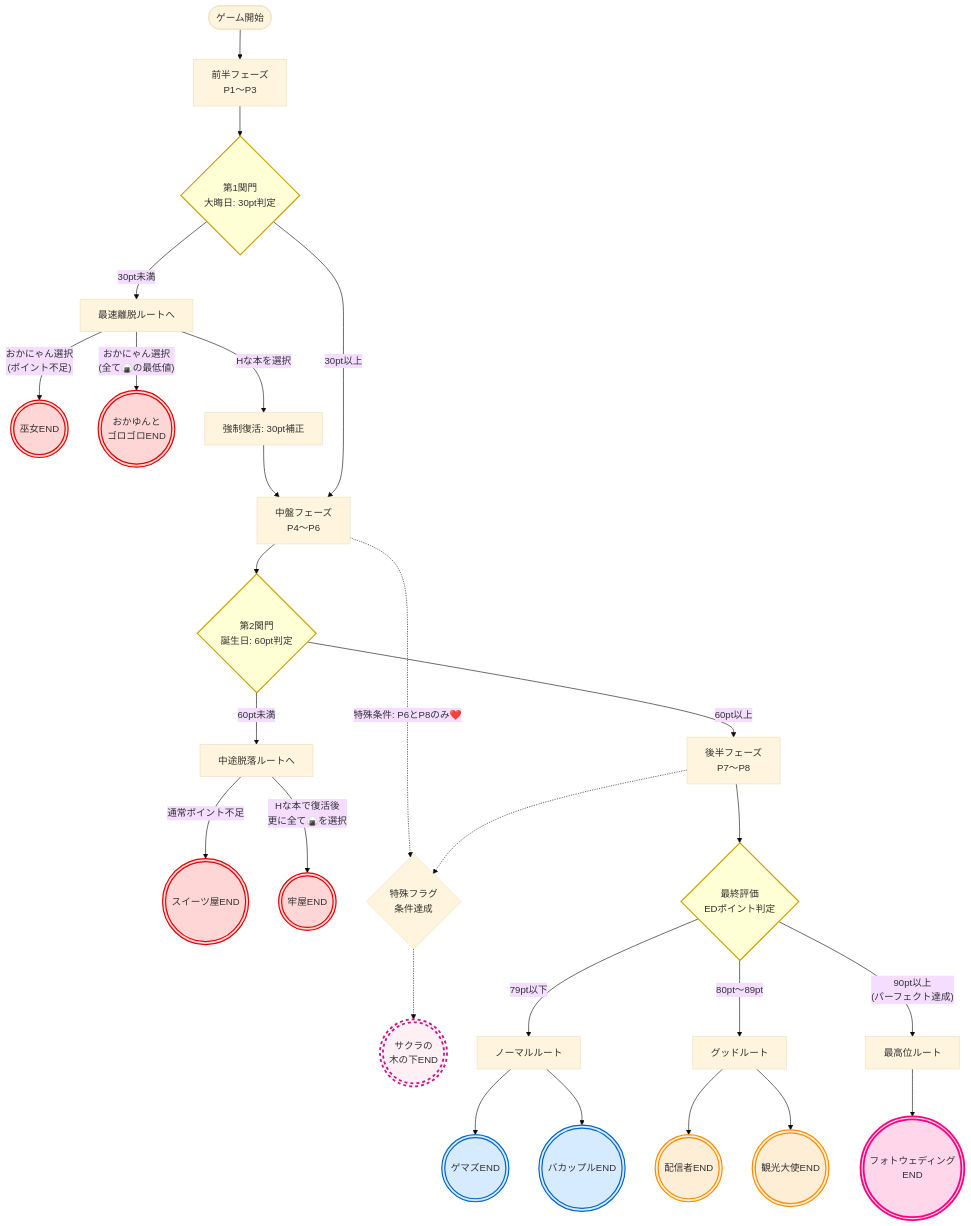
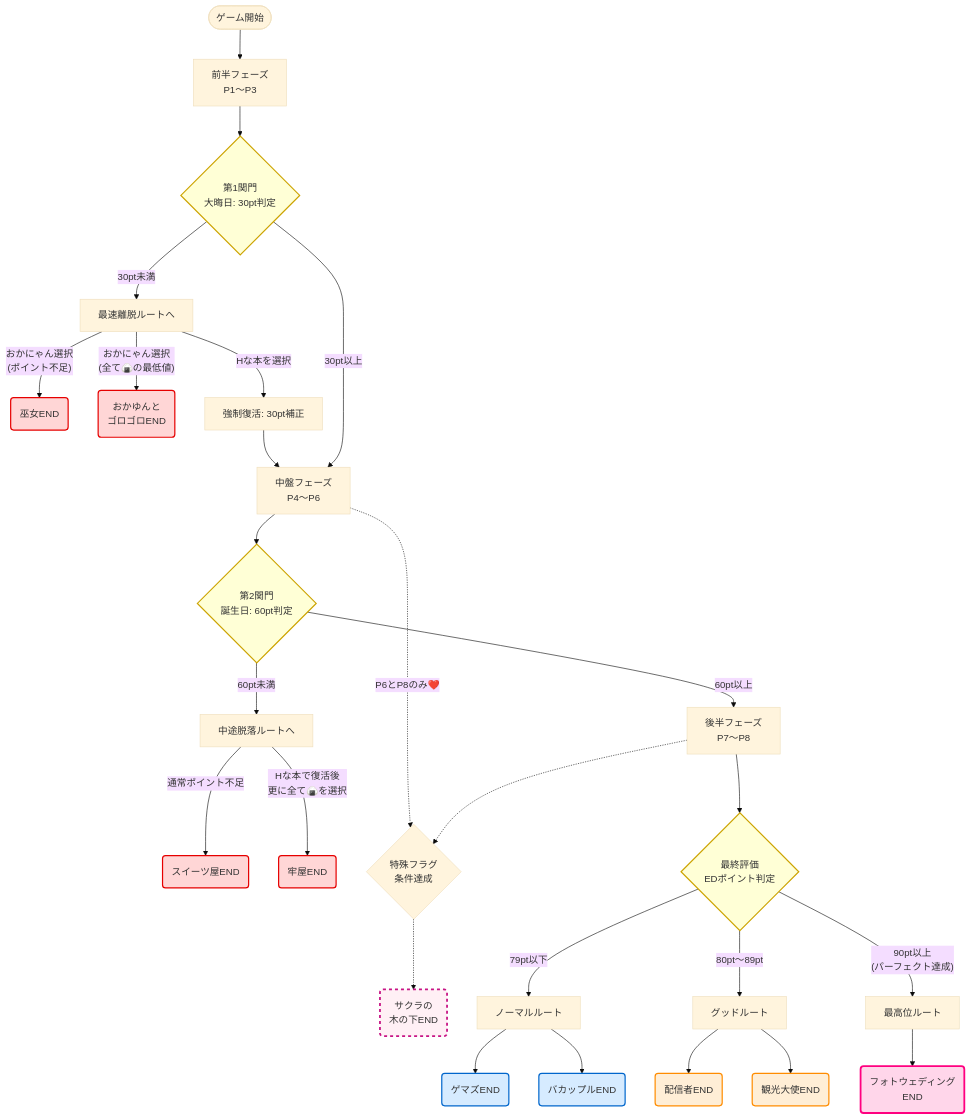
Before and after one commit to AutoRecord/Claude-Code-Genereter: the diagram in マインドマップ/おかゆにゅ～～む_ポイント足切りルート表.md, drawn with Mermaid (base theme). The commit also changed other lines of this file, not shown here.

Commit message:
Please provide the file changes or a summary of the modifications so I can generate the commit message for you.

````diff
--- a/マインドマップ/おかゆにゅ～～む_ポイント足切りルート表.md
+++ b/マインドマップ/おかゆにゅ～～む_ポイント足切りルート表.md
@@ -11,57 +11,52 @@
 ```mermaid
 flowchart TD
-    Start([ゲーム開始]) --> P13[前半フェーズ\nP1～P3]
-    P13 --> Calc1{第1関門\n大晦日: 30pt判定}
+    Start(["ゲーム開始"]) --> P13["前半フェーズ<br>P1～P3"]
+    P13 --> Calc1{"第1関門<br>大晦日: 30pt判定"}
     
-    %% 第1関門（30ptの壁）
-    Calc1 -- 30pt未満 --> Cut1[最速離脱ルートへ]
-    Cut1 -- "おかにゃん選択\n(ポイント不足)" --> EndMiko(((巫女END)))
-    Cut1 -- "おかにゃん選択\n(全て🍙の最低値)" --> EndGoro(((おかゆんと\nゴロゴロEND)))
+    Calc1 -- "30pt未満" --> Cut1["最速離脱ルートへ"]
+    Cut1 -- "おかにゃん選択<br>(ポイント不足)" --> EndMiko("巫女END")
+    Cut1 -- "おかにゃん選択<br>(全て🍙の最低値)" --> EndGoro("おかゆんと<br>ゴロゴロEND")
     
-    Cut1 -- "Hな本を選択" --> HBook[強制復活: 30pt補正]
-    HBook --> P46[中盤フェーズ\nP4～P6]
+    Cut1 -- "Hな本を選択" --> HBook["強制復活: 30pt補正"]
+    HBook --> P46["中盤フェーズ<br>P4～P6"]
     Calc1 -- "30pt以上" --> P46
     
-    %% 第2関門（60ptの壁）
-    P46 --> Calc2{第2関門\n誕生日: 60pt判定}
+    P46 --> Calc2{"第2関門<br>誕生日: 60pt判定"}
     
-    Calc2 -- 60pt未満 --> Cut2[中途脱落ルートへ]
-    Cut2 -- "通常ポイント不足" --> EndSweets(((スイーツ屋END)))
-    Cut2 -- "Hな本で復活後\n更に全て🍙を選択" --> EndPrison(((牢屋END)))
+    Calc2 -- "60pt未満" --> Cut2["中途脱落ルートへ"]
+    Cut2 -- "通常ポイント不足" --> EndSweets("スイーツ屋END")
+    Cut2 -- "Hな本で復活後<br>更に全て🍙を選択" --> EndPrison("牢屋END")
     
-    Calc2 -- "60pt以上" --> P78[後半フェーズ\nP7～P8]
+    Calc2 -- "60pt以上" --> P78["後半フェーズ<br>P7～P8"]
     
-    %% 特殊フラグ（サクラ）
-    P46 -.-> |"特殊条件: P6とP8のみ❤️"| SpecialFlag{特殊フラグ\n条件達成}
+    P46 -.->|"P6とP8のみ❤️"| SpecialFlag{"特殊フラグ<br>条件達成"}
     P78 -.-> SpecialFlag
-    SpecialFlag -.-> EndSakura(((サクラの\n木の下END)))
+    SpecialFlag -.-> EndSakura("サクラの<br>木の下END")
     
-    %% 最終判定（フェーズ8終了後）
-    P78 --> Calc3{最終評価\nEDポイント判定}
+    P78 --> Calc3{"最終評価<br>EDポイント判定"}
     
-    Calc3 -- "79pt以下" --> RankC[ノーマルルート]
-    RankC --> EndGemaz(((ゲマズEND)))
-    RankC --> EndBaka(((バカップルEND)))
+    Calc3 -- "79pt以下" --> RankC["ノーマルルート"]
+    RankC --> EndGemaz("ゲマズEND")
+    RankC --> EndBaka("バカップルEND")
     
-    Calc3 -- "80pt〜89pt" --> RankB[グッドルート]
-    RankB --> EndStreamer(((配信者END)))
-    RankB --> EndTaishi(((観光大使END)))
+    Calc3 -- "80pt〜89pt" --> RankB["グッドルート"]
+    RankB --> EndStreamer("配信者END")
+    RankB --> EndTaishi("観光大使END")
     
-    Calc3 -- "90pt以上\n(パーフェクト達成)" --> RankS[最高位ルート]
-    RankS --> EndPhoto(((フォトウェディング\nEND)))
+    Calc3 -- "90pt以上<br>(パーフェクト達成)" --> RankS["最高位ルート"]
+    RankS --> EndPhoto("フォトウェディング<br>END")
     
-    %% ノードのスタイル設定
     classDef endBad fill:#ffd6d6,stroke:#e60000,stroke-width:2px,color:#333;
     classDef endNormal fill:#d6ebff,stroke:#0066cc,stroke-width:2px,color:#333;
     classDef endGood fill:#ffeed6,stroke:#ff8c00,stroke-width:2px,color:#333;
     classDef endBest fill:#ffd6ea,stroke:#ff0080,stroke-width:3px,color:#333;
     classDef endSpecial fill:#fff0f5,stroke:#c71585,stroke-width:3px,color:#333,stroke-dasharray: 5 5;
     classDef calcNode fill:#ffffd6,stroke:#cca300,stroke-width:2px,color:#333;
     
     class EndMiko,EndGoro,EndSweets,EndPrison endBad;
     class EndGemaz,EndBaka endNormal;
     class EndStreamer,EndTaishi endGood;
     class EndPhoto endBest;
     class EndSakura endSpecial;
     class Calc1,Calc2,Calc3 calcNode;
 ```
````
